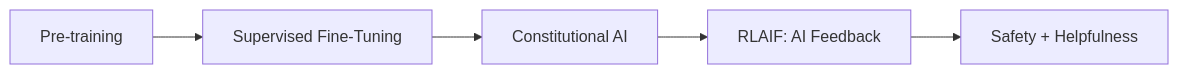
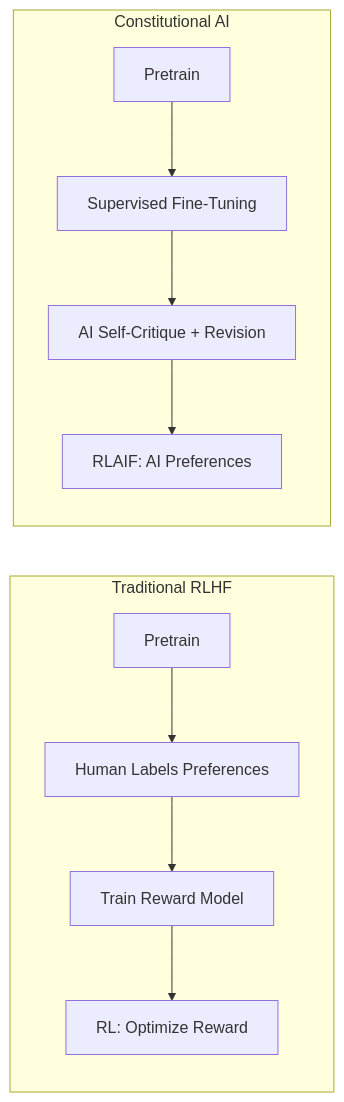
The second of 2 diagrams in src/llm/sota/claude.md (vanos001/placement_prep), drawn with Mermaid before and after one commit. The commit also changed other lines of this file and 8 other files, not shown here.

````diff
--- a/src/llm/sota/claude.md
+++ b/src/llm/sota/claude.md
@@ -37,7 +55,13 @@
 ```mermaid
 graph LR
-    A[Pre-training] --> B[Supervised Fine-Tuning]
-    B --> C[Constitutional AI]
-    C --> D[RLAIF: AI Feedback]
-    D --> E[Safety + Helpfulness]
+    subgraph "Traditional RLHF"
+        A1[Pretrain] --> B1[Human Labels Preferences]
+        B1 --> C1[Train Reward Model]
+        C1 --> D1[RL: Optimize Reward]
+    end
+    subgraph "Constitutional AI"
+        A2[Pretrain] --> B2[Supervised Fine-Tuning]
+        B2 --> C2[AI Self-Critique + Revision]
+        C2 --> D2[RLAIF: AI Preferences]
+    end
 ```
````
